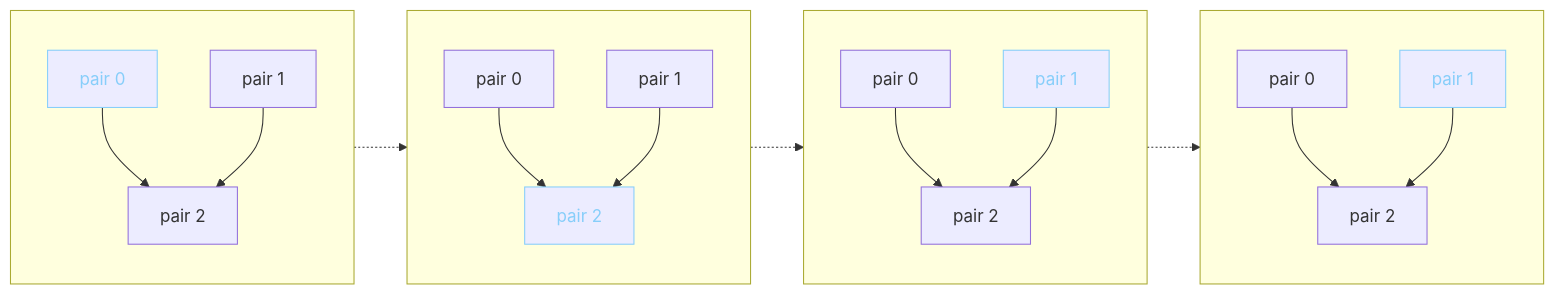
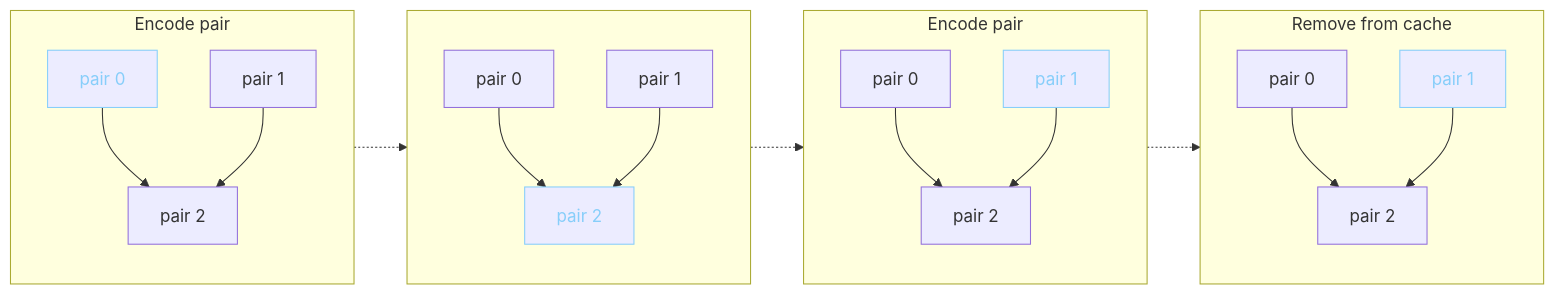
Before and after one commit to raviqqe/doc: the diagram in slides/papers/stak-scheme/merge.mmd, drawn with Mermaid.

```diff
--- a/slides/papers/stak-scheme/merge.mmd
+++ b/slides/papers/stak-scheme/merge.mmd
@@ -1,36 +1,36 @@
 flowchart LR
-  subgraph s0[ ]
+  subgraph s0[Encode pair]
     direction TB
 
     c0[pair 0]:::current --> c2[pair 2]
     c1[pair 1] --> c2
   end
 
   s0 -.-> s1
 
   subgraph s1[ ]
     direction TB
 
     c3[pair 0] --> c5[pair 2]:::current
     c4[pair 1] --> c5
   end
 
   s1 -.-> s2
 
-  subgraph s2[ ]
+  subgraph s2[Encode pair]
     direction TB
 
     c6[pair 0] --> c8[pair 2]
     c7[pair 1]:::current --> c8
   end
 
   s2 -.-> s3
 
-  subgraph s3[ ]
+  subgraph s3[Remove from cache]
     direction TB
 
     c9[pair 0] --> c11[pair 2]
     c10[pair 1]:::current --> c11
   end
 
  classDef current color:lightskyblue,stroke:lightskyblue
```
